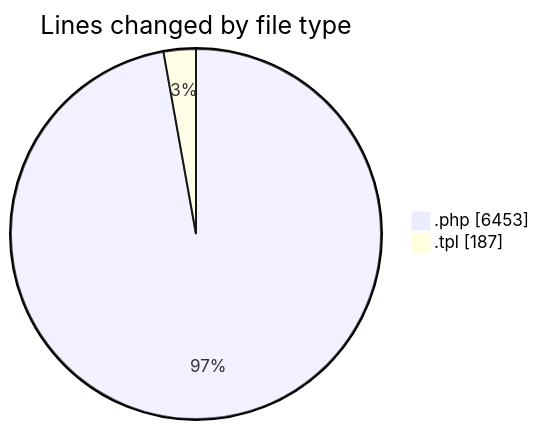
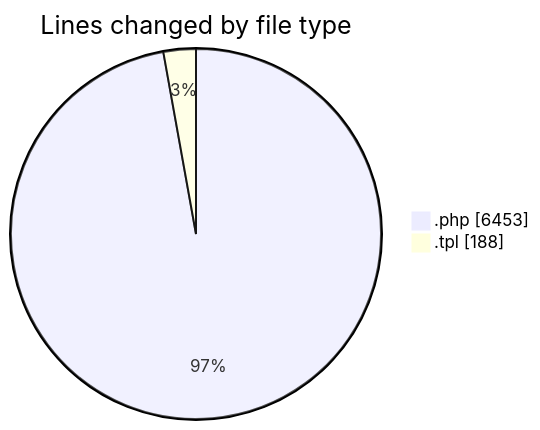
Before and after one commit to vahidmafi/code-tracking: the first of 2 diagrams in 2025-08-26/shop/README.md, drawn with Mermaid. The commit also changed other lines of this file and 1 other file, not shown here.

````diff
--- a/2025-08-26/shop/README.md
+++ b/2025-08-26/shop/README.md
@@ -24,6 +24,6 @@
 ```mermaid
 pie showData
 title Lines changed by file type
 ".php" : 6453
-".tpl" : 187
+".tpl" : 188
 ```
````
